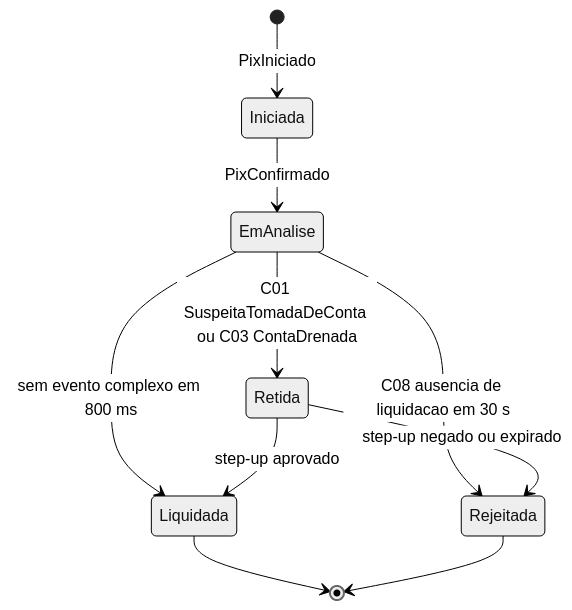
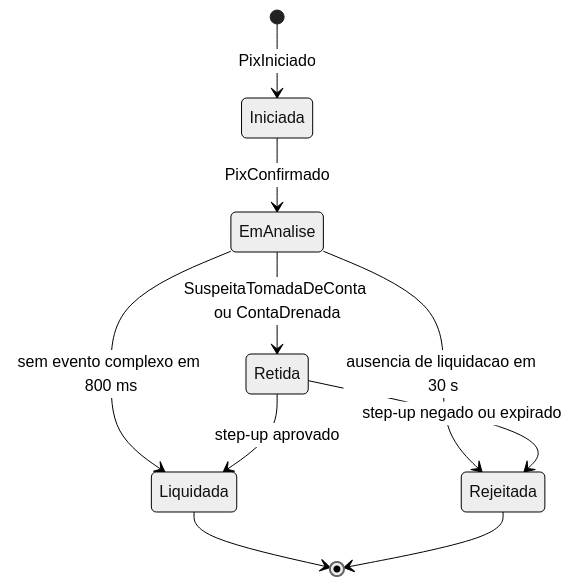
The fifth of 6 diagrams in README.md (calebe-matias/ponderada-computacao-cep), drawn with Mermaid (neutral theme) before and after one commit. The commit also changed other lines of this file, not shown here.

````diff
--- a/README.md
+++ b/README.md
@@ -355,12 +446,12 @@
 ```mermaid
 stateDiagram-v2
     [*] --> Iniciada : PixIniciado
     Iniciada --> EmAnalise : PixConfirmado
-    EmAnalise --> Retida : C01 SuspeitaTomadaDeConta ou C03 ContaDrenada
+    EmAnalise --> Retida : SuspeitaTomadaDeConta ou ContaDrenada
     EmAnalise --> Liquidada : sem evento complexo em 800 ms
-    EmAnalise --> Rejeitada : C08 ausencia de liquidacao em 30 s
+    EmAnalise --> Rejeitada : ausencia de liquidacao em 30 s
     Retida --> Liquidada : step-up aprovado
     Retida --> Rejeitada : step-up negado ou expirado
     Liquidada --> [*]
     Rejeitada --> [*]
 ```
````
